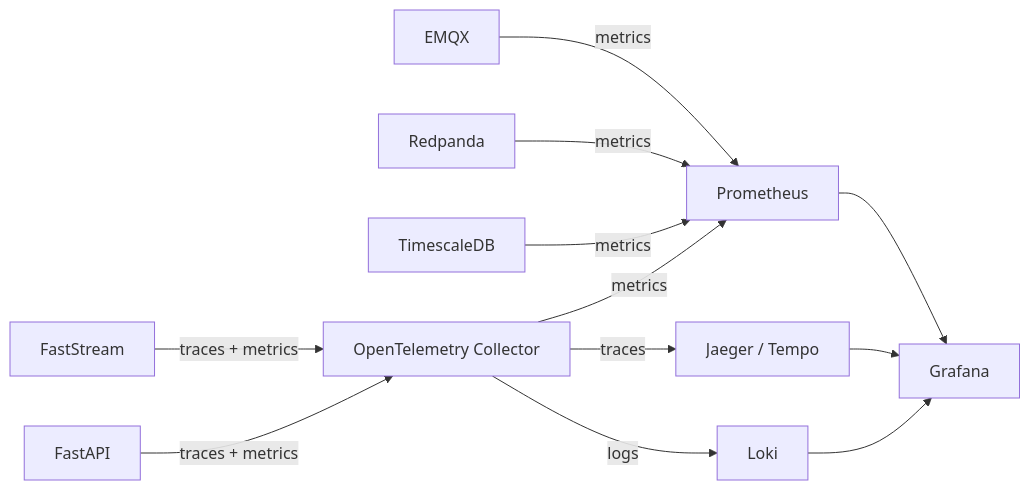
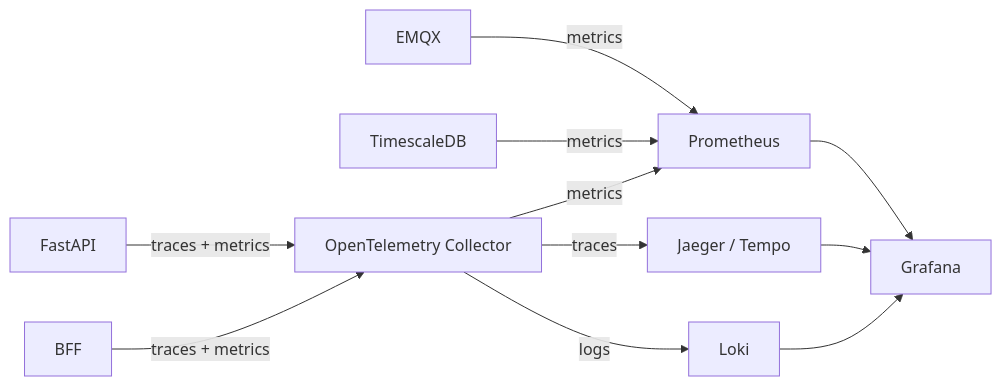
Before and after one commit to osisdie/osisdie.github.io: the seventh of 8 diagrams in _posts/2026/2026-03-30-iot-1m-device-architecture.md, drawn with Mermaid. The commit also changed other lines of this file, not shown here.

First line of the commit message:
docs: simplify IoT post — Redpanda as >1M scale-out, not core

````diff
--- a/_posts/2026/2026-03-30-iot-1m-device-architecture.md
+++ b/_posts/2026/2026-03-30-iot-1m-device-architecture.md
@@ -561,14 +543,13 @@
 ```mermaid
 flowchart LR
     E[EMQX] -->|metrics| P[Prometheus]
-    R[Redpanda] -->|metrics| P
-    F[FastStream] -->|traces + metrics| OT[OpenTelemetry Collector]
-    A[FastAPI] -->|traces + metrics| OT
+    A[FastAPI] -->|traces + metrics| OT[OpenTelemetry Collector]
+    BF[BFF] -->|traces + metrics| OT
     T[TimescaleDB] -->|metrics| P
     OT -->|traces| J[Jaeger / Tempo]
     OT -->|metrics| P
     OT -->|logs| L[Loki]
     P --> G[Grafana]
     J --> G
     L --> G
 ```
````
